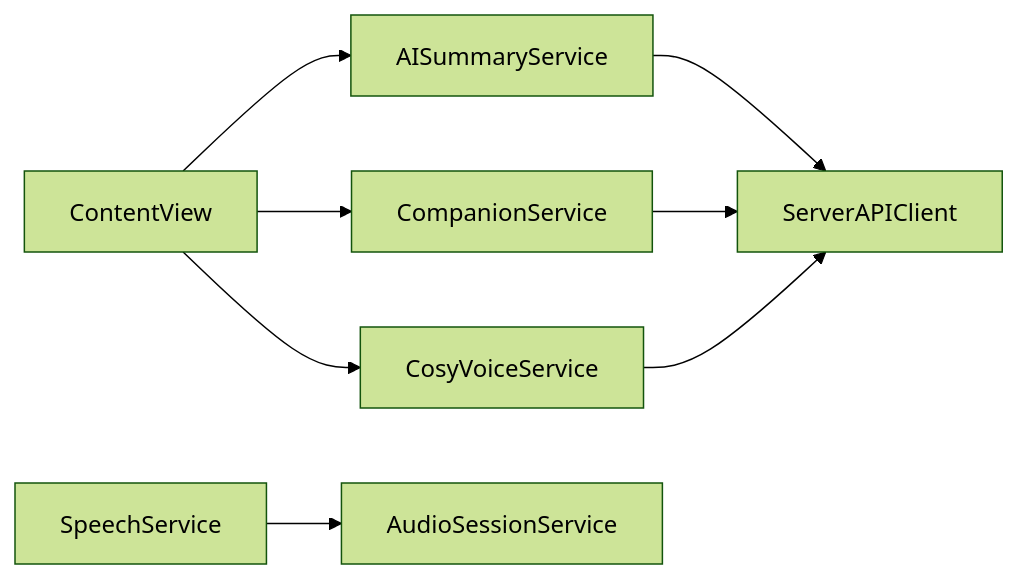
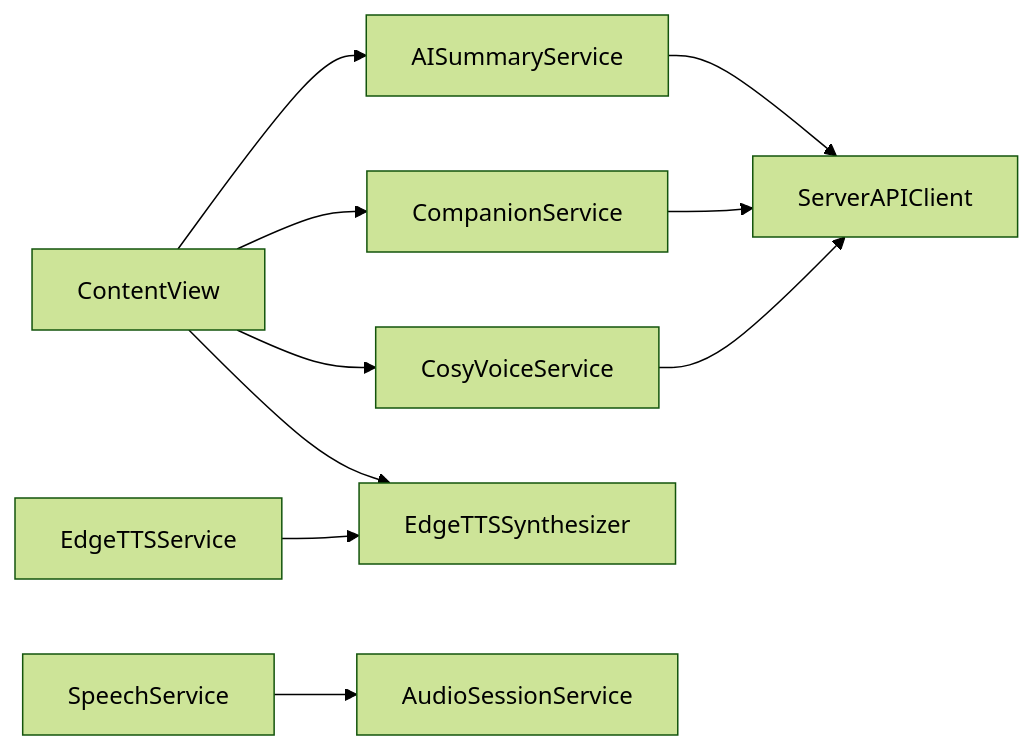
The tenth of 10 diagrams in .qoder/repowiki/zh/content/架构设计/服务器代理架构.md (Primoguo/VoiceReader), drawn with Mermaid (forest theme) before and after one commit. The commit also changed other lines of this file and 92 other files, not shown here.

````diff
--- a/.qoder/repowiki/zh/content/架构设计/服务器代理架构.md
+++ b/.qoder/repowiki/zh/content/架构设计/服务器代理架构.md
@@ -327,10 +414,12 @@
 ```mermaid
 graph LR
 AISummaryService --> ServerAPIClient
 CompanionService --> ServerAPIClient
 CosyVoiceService --> ServerAPIClient
+EdgeTTSService --> EdgeTTSSynthesizer
 SpeechService --> AudioSessionService
 ContentView --> AISummaryService
 ContentView --> CompanionService
 ContentView --> CosyVoiceService
+ContentView --> EdgeTTSSynthesizer
 ```
````
